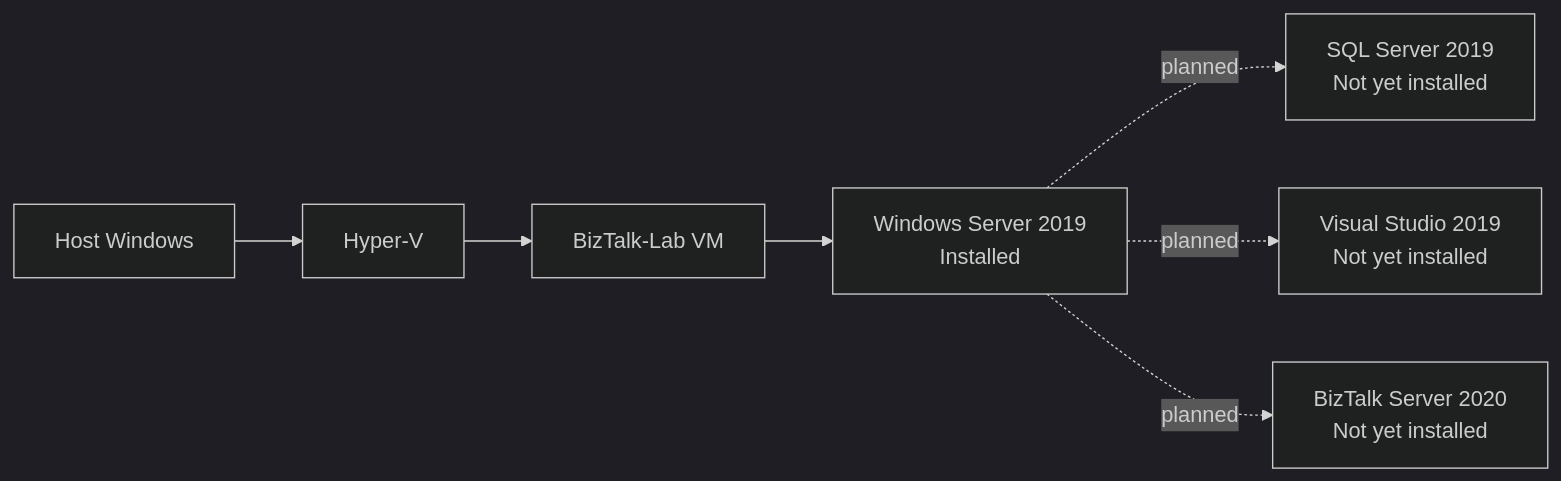
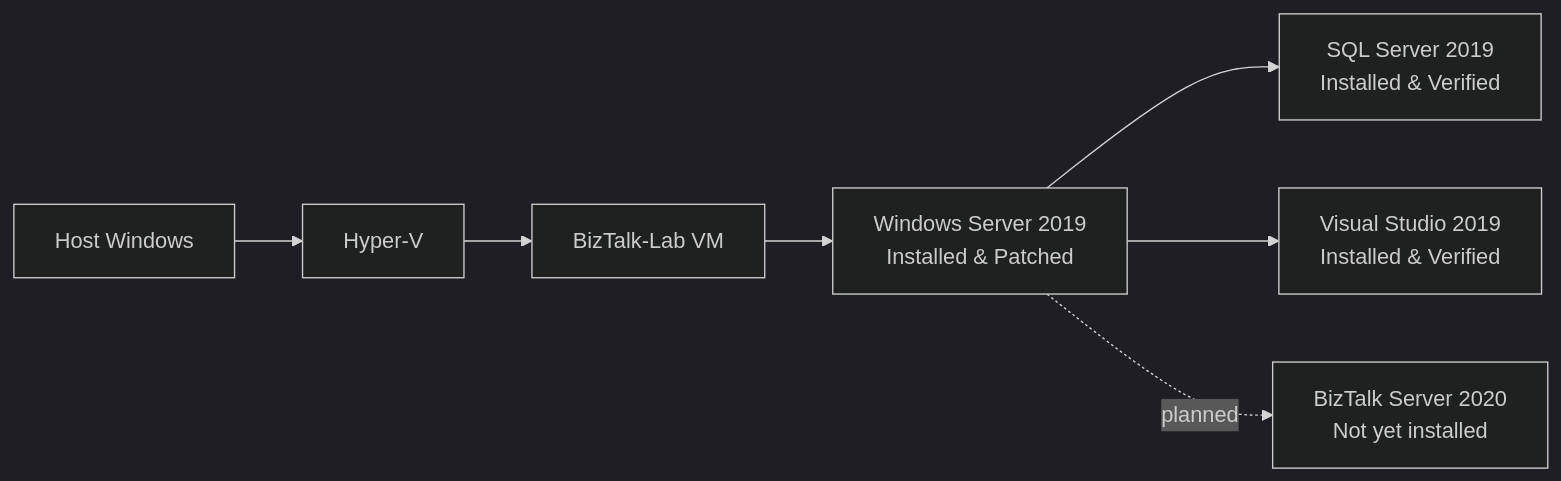
One commit to mina-mtb/biztalk-to-azure-migration-lab changed the diagram in README.md. Above: the diagram before and after it, drawn with Mermaid (dark theme). The commit also changed other lines of this file and 3 other files, not shown here.

Commit message:
chore: patch Windows Server 2019 to latest security baseline

````diff
--- a/README.md
+++ b/README.md
@@ -32,9 +32,9 @@
 ```mermaid
 flowchart LR
     Host[Host Windows] --> HyperV[Hyper-V]
     HyperV --> VM[BizTalk-Lab VM]
-    VM --> OS[Windows Server 2019<br/>Installed]
-    OS -. planned .-> SQL[SQL Server 2019<br/>Not yet installed]
-    OS -. planned .-> VS[Visual Studio 2019<br/>Not yet installed]
+    VM --> OS[Windows Server 2019<br/>Installed & Patched]
+    OS --> SQL[SQL Server 2019<br/>Installed & Verified]
+    OS --> VS[Visual Studio 2019<br/>Installed & Verified]
     OS -. planned .-> BTS[BizTalk Server 2020<br/>Not yet installed]
 ```
````
